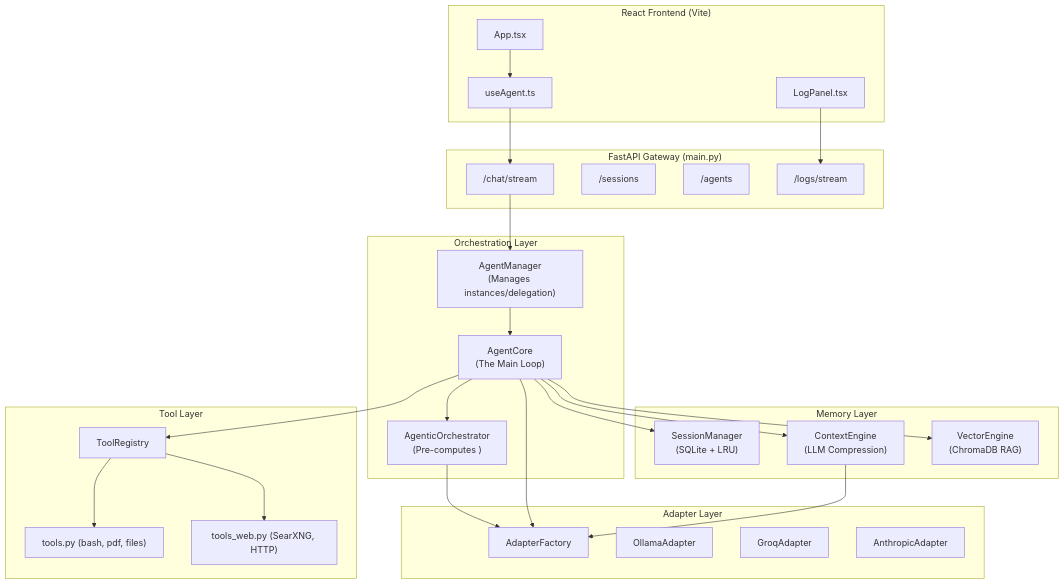
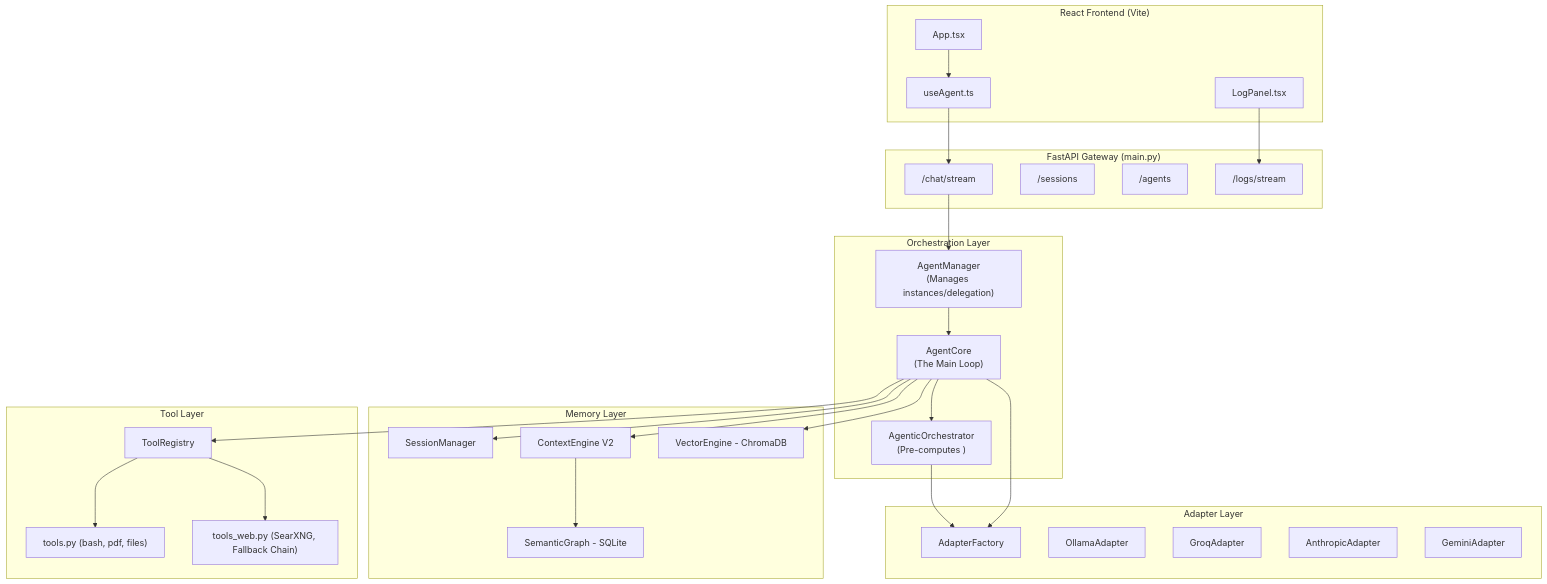
Before and after one commit to theshovonsaha/shovsai: the diagram in architecture_analysis.md, drawn with Mermaid. The commit also changed other lines of this file and 5 other files, not shown here.

````diff
--- a/architecture_analysis.md
+++ b/architecture_analysis.md
@@ -21,54 +21,56 @@
 ```mermaid
 graph TB
     subgraph Frontend ["React Frontend (Vite)"]
         UI["App.tsx"]
         Hook["useAgent.ts"]
         Logs["LogPanel.tsx"]
     end
 
     subgraph API ["FastAPI Gateway (main.py)"]
         Chat["/chat/stream"]
         Sessions["/sessions"]
         Agents["/agents"]
         LogRoute["/logs/stream"]
     end
 
     subgraph Orchestration ["Orchestration Layer"]
         AM["AgentManager\n(Manages instances/delegation)"]
         AC["AgentCore\n(The Main Loop)"]
         Planner["AgenticOrchestrator\n(Pre-computes <plan>)"]
     end
 
     subgraph Memory ["Memory Layer"]
-        SM["SessionManager\n(SQLite + LRU)"]
-        CE["ContextEngine\n(LLM Compression)"]
-        VE["VectorEngine\n(ChromaDB RAG)"]
+        SM[SessionManager]
+        CE[ContextEngine V2]
+        SG[SemanticGraph - SQLite]
+        VE[VectorEngine - ChromaDB]
     end
 
     subgraph Tools ["Tool Layer"]
         TR["ToolRegistry"]
         TS["tools.py (bash, pdf, files)"]
-        TW["tools_web.py (SearXNG, HTTP)"]
+        TW["tools_web.py (SearXNG, Fallback Chain)"]
     end
 
     subgraph Providers ["Adapter Layer"]
         AD["AdapterFactory"]
         OLL["OllamaAdapter"]
         GRQ["GroqAdapter"]
         ANT["AnthropicAdapter"]
+        GEM["GeminiAdapter"]
     end
 
     UI --> Hook --> Chat
     Logs --> LogRoute
 
     Chat --> AM
     AM --> AC
     AC --> Planner
     Planner --> AD
     AC --> AD
 
     AC --> TR --> TS & TW
     AC --> SM
-    AC --> CE --> AD
+    AC --> CE --> SG
     AC --> VE
 ```
````
